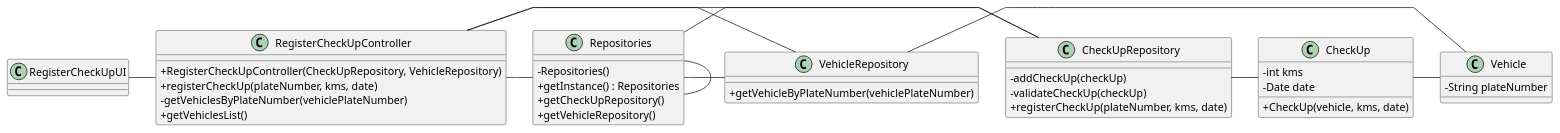
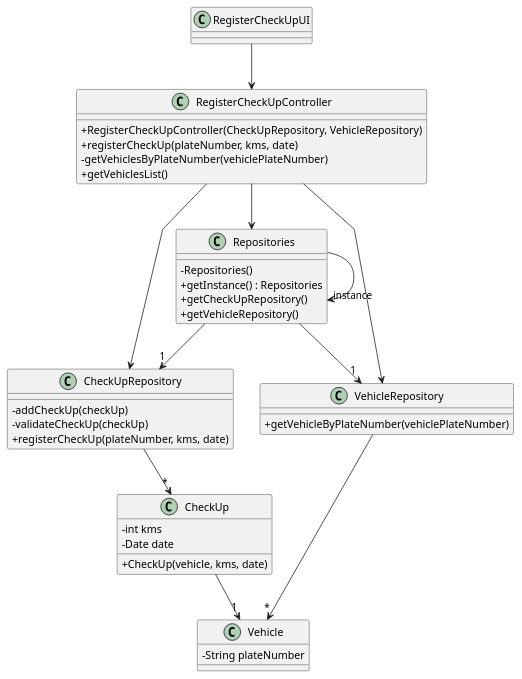
The diagram in docs/sprintA&B/us007/03.design/puml/us007-class-diagram.puml (daniel41silva05/ISEP_2023_2024_LAPR2), drawn with PlantUML before and after one commit. The commit also changed 1 other file, not shown here.

Commit message:
ED-21 Correction of US007 class diagram.

```diff
--- a/docs/sprintA&B/us007/03.design/puml/us007-class-diagram.puml
+++ b/docs/sprintA&B/us007/03.design/puml/us007-class-diagram.puml
@@ -1,61 +1,61 @@
 @startuml
 
 skinparam packageStyle rectangle
 skinparam shadowing false
 skinparam linetype polyline
 
 skinparam classAttributeIconSize 0
 class CheckUpRepository{
     -addCheckUp(checkUp)
     -validateCheckUp(checkUp)
     +registerCheckUp(plateNumber, kms, date)
 }
 
 class VehicleRepository {
     +getVehicleByPlateNumber(vehiclePlateNumber)
 }
 
 class CheckUp {
     - int kms
     - Date date
     + CheckUp(vehicle, kms, date)
 }
 
 class Vehicle {
     - String plateNumber
 
 }
 
 class Repositories {
     - Repositories()
     + getInstance() : Repositories
     + getCheckUpRepository()
     + getVehicleRepository()
 }
 
 class RegisterCheckUpController {
     +RegisterCheckUpController(CheckUpRepository, VehicleRepository)
     +registerCheckUp(plateNumber, kms, date)
     -getVehiclesByPlateNumber(vehiclePlateNumber)
     +getVehiclesList()
 
 }
 
 class RegisterCheckUpUI{
 }
 
-RegisterCheckUpUI - RegisterCheckUpController
+RegisterCheckUpUI --> RegisterCheckUpController
 
-RegisterCheckUpController - Repositories
-RegisterCheckUpController - CheckUpRepository
-RegisterCheckUpController - VehicleRepository
+RegisterCheckUpController --> Repositories
+RegisterCheckUpController --> CheckUpRepository
+RegisterCheckUpController --> VehicleRepository
 
-Repositories - CheckUpRepository
-Repositories - VehicleRepository
-Repositories - Repositories
+Repositories --> "1" CheckUpRepository
+Repositories --> "1" VehicleRepository
+Repositories --> "instance" Repositories
 
-CheckUpRepository - CheckUp
-VehicleRepository - Vehicle
-CheckUp - Vehicle
+CheckUpRepository --> "*" CheckUp
+VehicleRepository --> "*" Vehicle
+CheckUp --> "1" Vehicle
 
 @enduml
```
